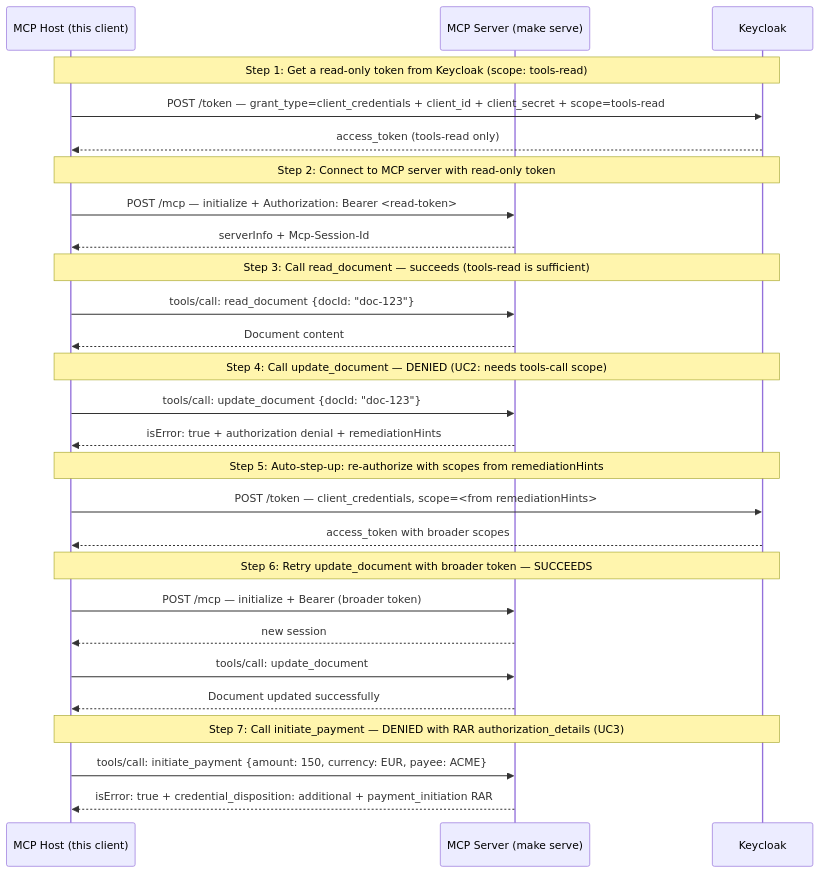
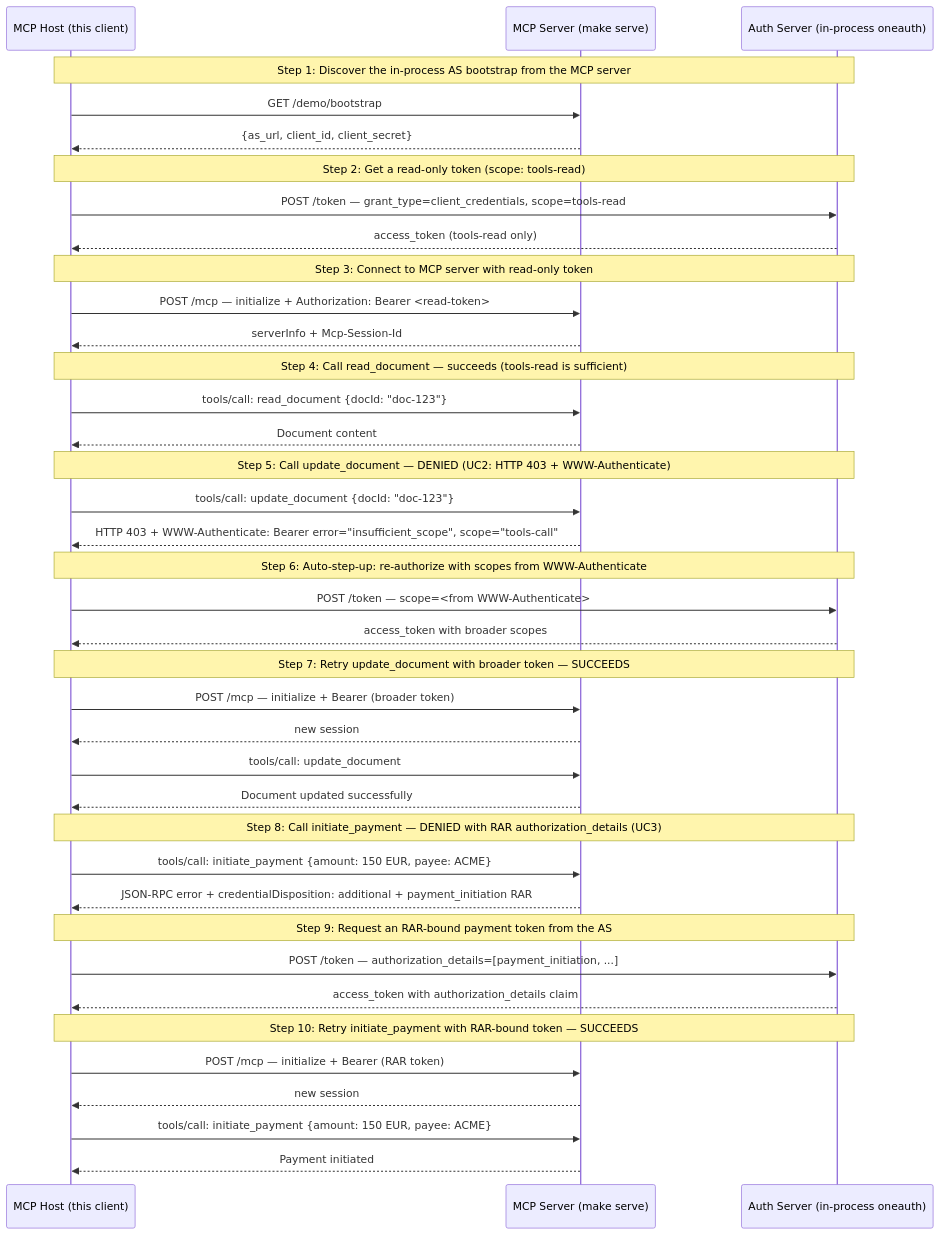
One commit to panyam/mcpkit changed the diagram in examples/fine-grained-auth/README.md. Above: the diagram before and after it, drawn with Mermaid. The commit also changed other lines of this file and 2 other files, not shown here.

First line of the commit message:
feat: UC3 RAR end-to-end + lazy SSE headers for transport-error path

````diff
--- a/examples/fine-grained-auth/README.md
+++ b/examples/fine-grained-auth/README.md
@@ -17,36 +20,50 @@
 ```mermaid
 sequenceDiagram
     participant Host as MCP Host (this client)
     participant Server as MCP Server (make serve)
-    participant KC as Keycloak
+    participant AS as Auth Server (in-process oneauth)
 
-    Note over Host,KC: Step 1: Get a read-only token from Keycloak (scope: tools-read)
-    Host->>KC: POST /token — grant_type=client_credentials + client_id + client_secret + scope=tools-read
-    KC-->>Host: access_token (tools-read only)
+    Note over Host,AS: Step 1: Discover the in-process AS bootstrap from the MCP server
+    Host->>Server: GET /demo/bootstrap
+    Server-->>Host: {as_url, client_id, client_secret}
 
-    Note over Host,KC: Step 2: Connect to MCP server with read-only token
+    Note over Host,AS: Step 2: Get a read-only token (scope: tools-read)
+    Host->>AS: POST /token — grant_type=client_credentials, scope=tools-read
+    AS-->>Host: access_token (tools-read only)
+
+    Note over Host,AS: Step 3: Connect to MCP server with read-only token
     Host->>Server: POST /mcp — initialize + Authorization: Bearer <read-token>
     Server-->>Host: serverInfo + Mcp-Session-Id
 
-    Note over Host,KC: Step 3: Call read_document — succeeds (tools-read is sufficient)
+    Note over Host,AS: Step 4: Call read_document — succeeds (tools-read is sufficient)
     Host->>Server: tools/call: read_document {docId: "doc-123"}
     Server-->>Host: Document content
 
-    Note over Host,KC: Step 4: Call update_document — DENIED (UC2: needs tools-call scope)
+    Note over Host,AS: Step 5: Call update_document — DENIED (UC2: HTTP 403 + WWW-Authenticate)
     Host->>Server: tools/call: update_document {docId: "doc-123"}
-    Server-->>Host: isError: true + authorization denial + remediationHints
+    Server-->>Host: HTTP 403 + WWW-Authenticate: Bearer error="insufficient_scope", scope="tools-call"
 
-    Note over Host,KC: Step 5: Auto-step-up: re-authorize with scopes from remediationHints
-    Host->>KC: POST /token — client_credentials, scope=<from remediationHints>
-    KC-->>Host: access_token with broader scopes
+    Note over Host,AS: Step 6: Auto-step-up: re-authorize with scopes from WWW-Authenticate
+    Host->>AS: POST /token — scope=<from WWW-Authenticate>
+    AS-->>Host: access_token with broader scopes
 
-    Note over Host,KC: Step 6: Retry update_document with broader token — SUCCEEDS
+    Note over Host,AS: Step 7: Retry update_document with broader token — SUCCEEDS
     Host->>Server: POST /mcp — initialize + Bearer (broader token)
     Server-->>Host: new session
     Host->>Server: tools/call: update_document
     Server-->>Host: Document updated successfully
 
-    Note over Host,KC: Step 7: Call initiate_payment — DENIED with RAR authorization_details (UC3)
-    Host->>Server: tools/call: initiate_payment {amount: 150, currency: EUR, payee: ACME}
-    Server-->>Host: isError: true + credential_disposition: additional + payment_initiation RAR
+    Note over Host,AS: Step 8: Call initiate_payment — DENIED with RAR authorization_details (UC3)
+    Host->>Server: tools/call: initiate_payment {amount: 150 EUR, payee: ACME}
+    Server-->>Host: JSON-RPC error + credentialDisposition: additional + payment_initiation RAR
+
+    Note over Host,AS: Step 9: Request an RAR-bound payment token from the AS
+    Host->>AS: POST /token — authorization_details=[payment_initiation, ...]
+    AS-->>Host: access_token with authorization_details claim
+
+    Note over Host,AS: Step 10: Retry initiate_payment with RAR-bound token — SUCCEEDS
+    Host->>Server: POST /mcp — initialize + Bearer (RAR token)
+    Server-->>Host: new session
+    Host->>Server: tools/call: initiate_payment {amount: 150 EUR, payee: ACME}
+    Server-->>Host: Payment initiated
 ```
````
